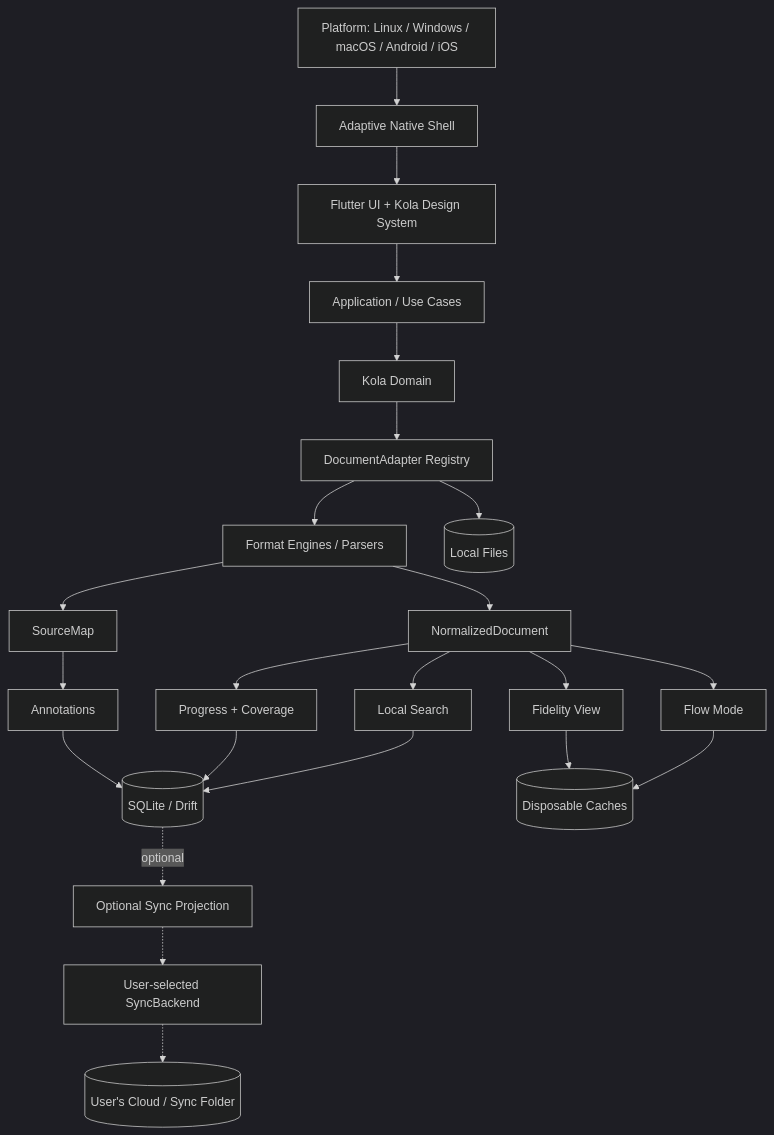
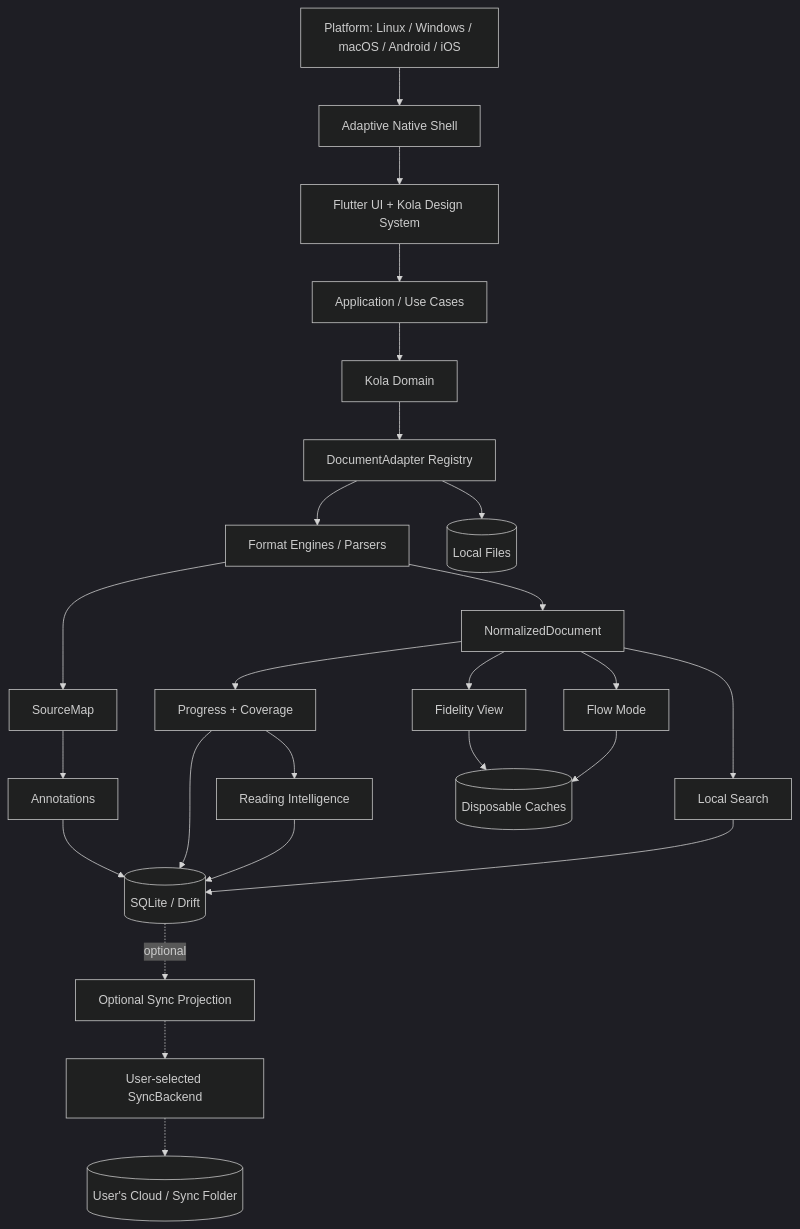
The first of 17 diagrams in docs/PROJECT_GRAPH.md (aaditya140103/kola), drawn with Mermaid (dark theme) before and after one commit. The commit also changed other lines of this file, not shown here.

Commit message:
Add reading intelligence and reading list flows

````diff
--- a/docs/PROJECT_GRAPH.md
+++ b/docs/PROJECT_GRAPH.md
@@ -7,39 +7,42 @@
 ```mermaid
 flowchart TD
     OS[Platform: Linux / Windows / macOS / Android / iOS]
     Shell[Adaptive Native Shell]
     UI[Flutter UI + Kola Design System]
     App[Application / Use Cases]
     Domain[Kola Domain]
     Registry[DocumentAdapter Registry]
     Engines[Format Engines / Parsers]
     ND[NormalizedDocument]
     SM[SourceMap]
     Fidelity[Fidelity View]
     Flow[Flow Mode]
     Search[Local Search]
     Ann[Annotations]
     Progress[Progress + Coverage]
+    Intelligence[Reading Intelligence]
     DB[(SQLite / Drift)]
     Files[(Local Files)]
     Cache[(Disposable Caches)]
     SyncProjection[Optional Sync Projection]
     SyncBackend[User-selected SyncBackend]
     Cloud[(User's Cloud / Sync Folder)]
 
     OS --> Shell --> UI --> App --> Domain --> Registry --> Engines
     Engines --> ND
     Engines --> SM
     ND --> Fidelity
     ND --> Flow
     ND --> Search
     SM --> Ann
     ND --> Progress
+    Progress --> Intelligence
     Ann --> DB
     Progress --> DB
+    Intelligence --> DB
     Search --> DB
     Registry --> Files
     Fidelity --> Cache
     Flow --> Cache
     DB -. optional .-> SyncProjection -.-> SyncBackend -.-> Cloud
 ```
````
